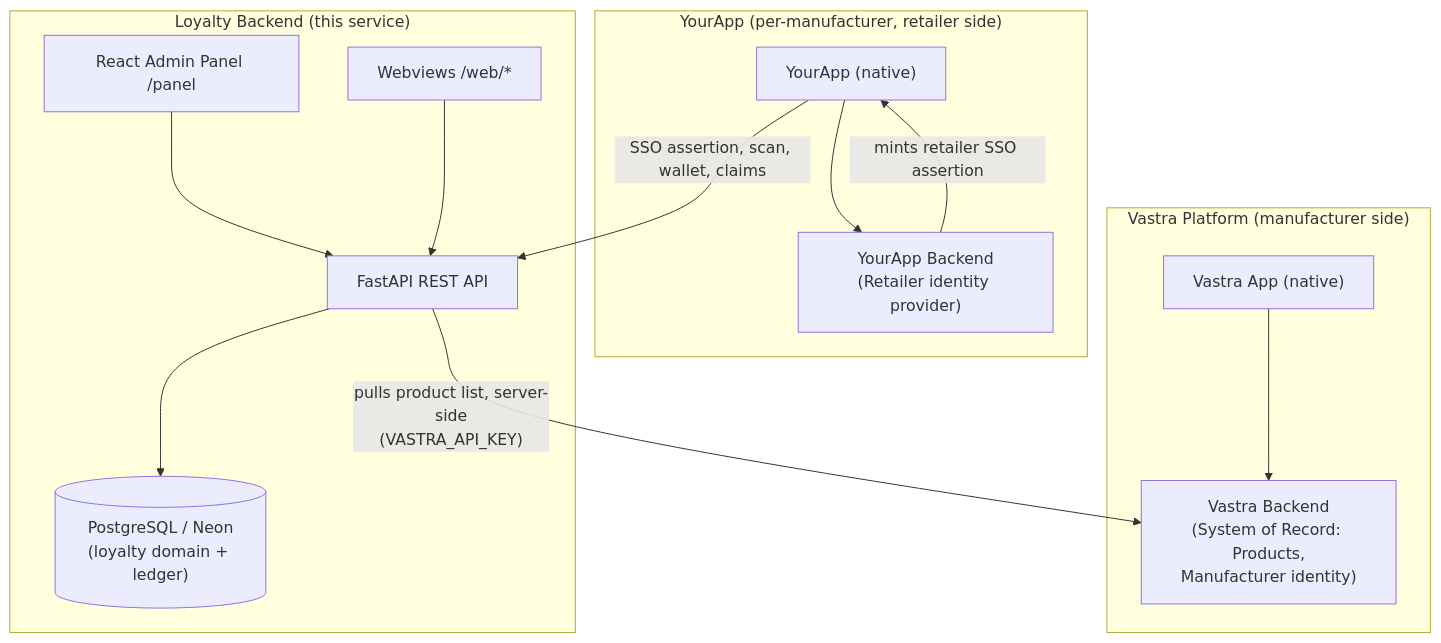
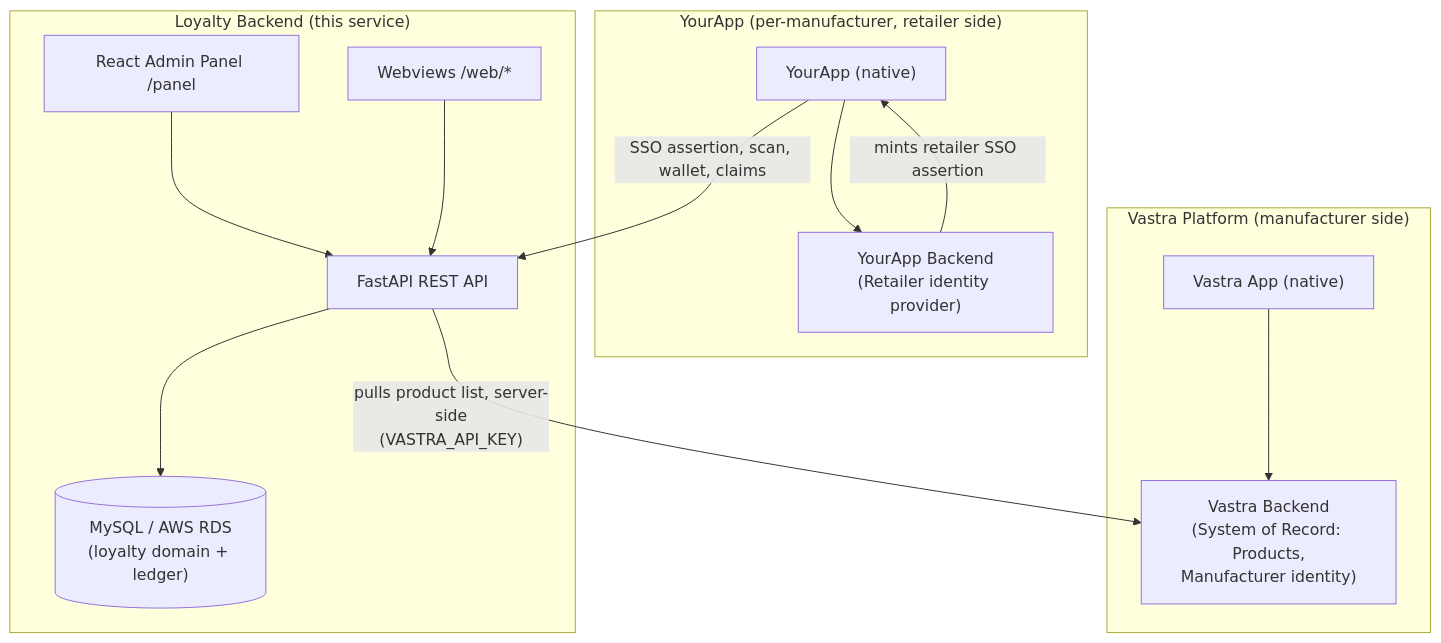
The first of 5 diagrams in docs/integration/SYSTEM_ARCHITECTURE.md (vasraj273/Vastra-Loyalty-Program), drawn with Mermaid before and after one commit. The commit also changed other lines of this file and 28 other files, not shown here.

First line of the commit message:
Migrate production database from PostgreSQL to MySQL

````diff
--- a/docs/integration/SYSTEM_ARCHITECTURE.md
+++ b/docs/integration/SYSTEM_ARCHITECTURE.md
@@ -25,26 +25,26 @@
 ```mermaid
 flowchart TB
   subgraph Vastra["Vastra Platform (manufacturer side)"]
     VApp["Vastra App (native)"]
     VBack["Vastra Backend\n(System of Record: Products,\nManufacturer identity)"]
   end
   subgraph YourApp["YourApp (per-manufacturer, retailer side)"]
     RApp["YourApp (native)"]
     RBack["YourApp Backend\n(Retailer identity provider)"]
   end
   subgraph Loyalty["Loyalty Backend (this service)"]
     API["FastAPI REST API"]
-    DB[("PostgreSQL / Neon\n(loyalty domain + ledger)")]
+    DB[("MySQL / AWS RDS\n(loyalty domain + ledger)")]
     Panel["React Admin Panel /panel"]
     Web["Webviews /web/*"]
     API --> DB
     Panel --> API
     Web --> API
   end
 
   VApp --> VBack
   RApp --> RBack
   API -->|"pulls product list, server-side\n(VASTRA_API_KEY)"| VBack
   RApp -->|"SSO assertion, scan, wallet, claims"| API
   RBack -->|"mints retailer SSO assertion"| RApp
 ```
````
